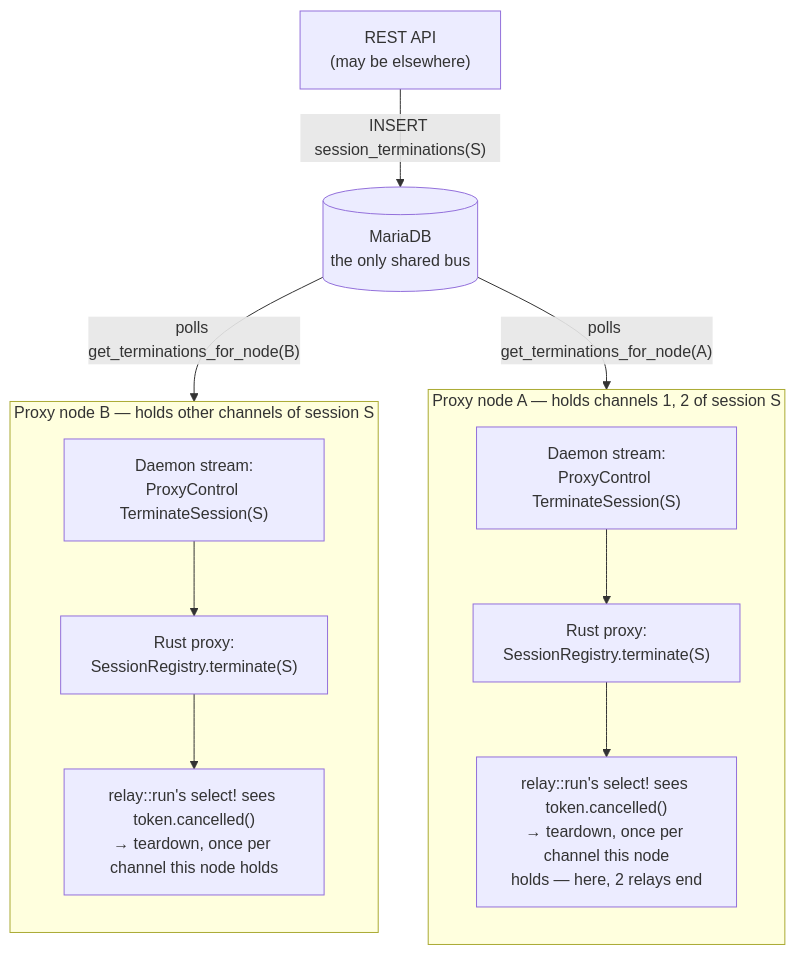
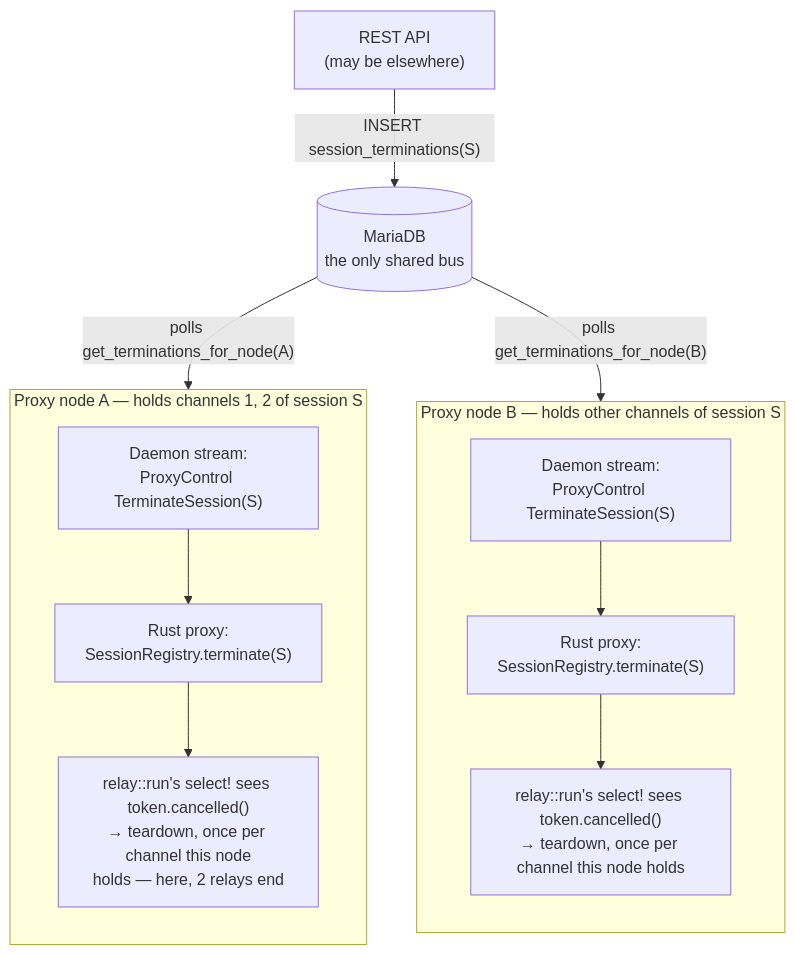
One commit to shakenfist/kerbside changed the third of 3 diagrams in docs/proxy-architecture.md. Above: the diagram before and after it, drawn with Mermaid.

Commit message:
Put proxy node A on the left in the diagram.
The session-termination diagram rendered proxy node B on the left and
node A on the right, which reads backwards against the surrounding
prose.

Mermaid's dagre layout orders subgraphs by declaration and draws them
right to left, so the fix is to declare node B first. Swapping the edge
declarations instead does nothing -- that was tried and rendered
identically. Because the resulting source order looks wrong at a glance,
a %% comment records why it is inverted, so a later edit does not
"correct" it and flip the rendering back.

The edge declarations stay in A-then-B order.

Prompt: Michael noticed the session termination diagram in
docs/proxy-architecture.md reads strangely because proxy node B appears
on the left and node A on the right, and asked for them to be swapped.

````diff
--- a/docs/proxy-architecture.md
+++ b/docs/proxy-architecture.md
@@ -361,26 +361,28 @@
 ```mermaid
 flowchart TD
     api["REST API<br/>(may be elsewhere)"]
     db[("MariaDB<br/>the only shared bus")]
 
     api -- "INSERT session_terminations(S)" --> db
+
+    %% Node B is declared FIRST on purpose: mermaid lays subgraphs out in
+    %% reverse declaration order, so this is what puts node A on the left.
+    subgraph nodeB["Proxy node B — holds other channels of session S"]
+        direction TB
+        daemonB["Daemon stream:<br/>ProxyControl TerminateSession(S)"]
+        registryB["Rust proxy:<br/>SessionRegistry.terminate(S)"]
+        relayB["relay::run's select! sees token.cancelled()<br/>→ teardown, once per channel this node holds"]
+        daemonB --> registryB --> relayB
+    end
 
     subgraph nodeA["Proxy node A — holds channels 1, 2 of session S"]
         direction TB
         daemonA["Daemon stream:<br/>ProxyControl TerminateSession(S)"]
         registryA["Rust proxy:<br/>SessionRegistry.terminate(S)"]
         relayA["relay::run's select! sees token.cancelled()<br/>→ teardown, once per channel this node<br/>holds — here, 2 relays end"]
         daemonA --> registryA --> relayA
     end
 
-    subgraph nodeB["Proxy node B — holds other channels of session S"]
-        direction TB
-        daemonB["Daemon stream:<br/>ProxyControl TerminateSession(S)"]
-        registryB["Rust proxy:<br/>SessionRegistry.terminate(S)"]
-        relayB["relay::run's select! sees token.cancelled()<br/>→ teardown, once per channel this node holds"]
-        daemonB --> registryB --> relayB
-    end
-
     db -- "polls get_terminations_for_node(A)" --> daemonA
     db -- "polls get_terminations_for_node(B)" --> daemonB
 ```
````
